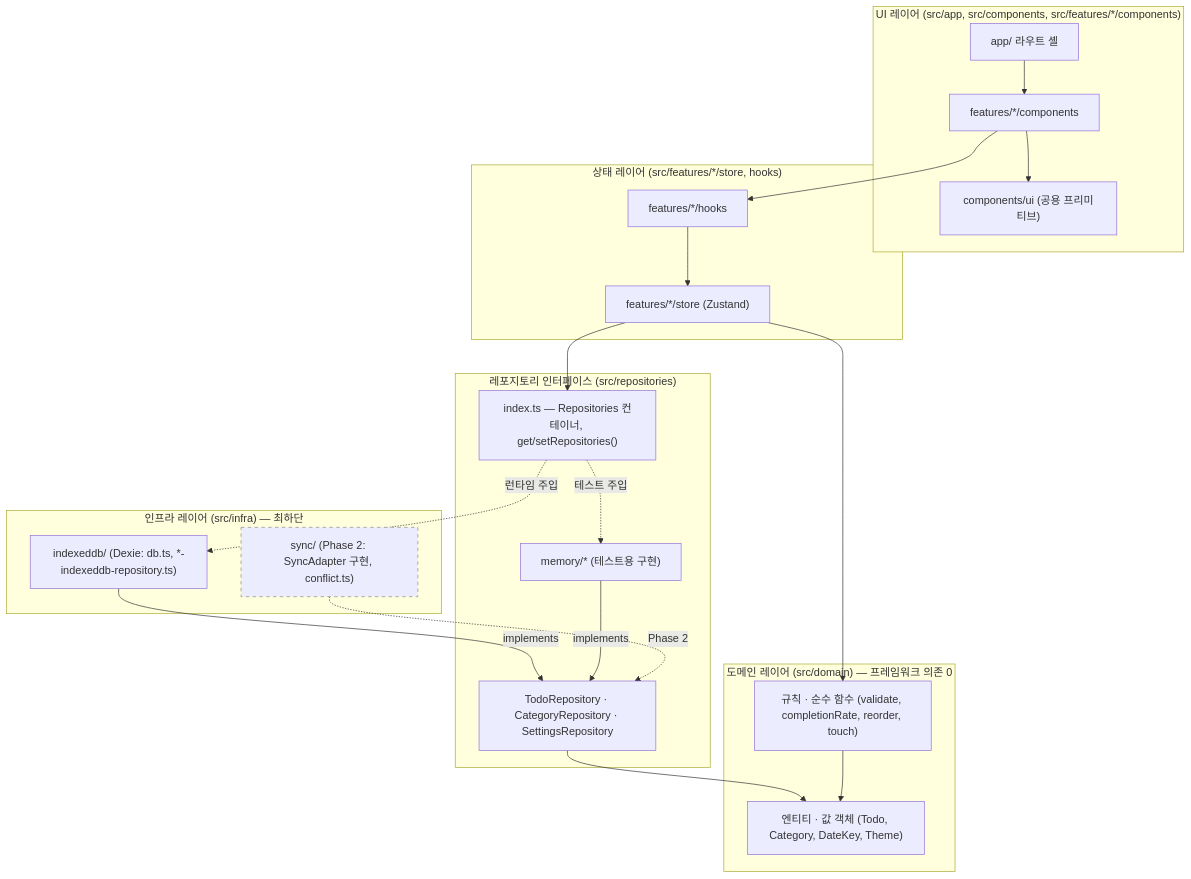
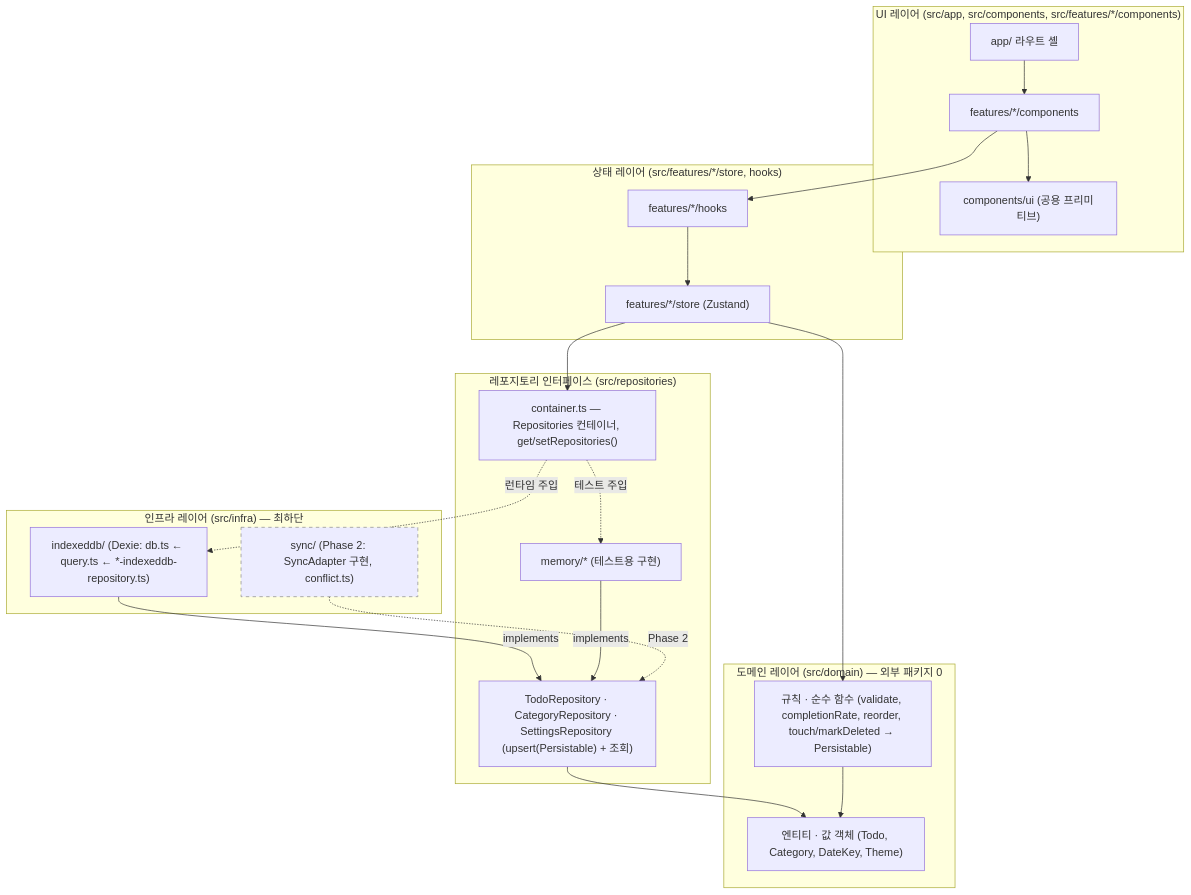
Before and after one commit to alfks/Tasky: the diagram in docs/ARCHITECTURE.md, drawn with Mermaid. The commit also changed other lines of this file and 16 other files, not shown here.

````diff
--- a/docs/ARCHITECTURE.md
+++ b/docs/ARCHITECTURE.md
@@ -10,34 +10,34 @@
 ```mermaid
 flowchart TB
   subgraph UI["UI 레이어  (src/app, src/components, src/features/*/components)"]
     APP["app/ 라우트 셸"] --> FC["features/*/components"]
     FC --> CU["components/ui (공용 프리미티브)"]
   end
   subgraph STATE["상태 레이어  (src/features/*/store, hooks)"]
     HK["features/*/hooks"] --> ST["features/*/store (Zustand)"]
   end
-  subgraph DOMAIN["도메인 레이어  (src/domain)  — 프레임워크 의존 0"]
+  subgraph DOMAIN["도메인 레이어  (src/domain)  — 외부 패키지 0"]
     EN["엔티티 · 값 객체 (Todo, Category, DateKey, Theme)"]
-    RU["규칙 · 순수 함수 (validate, completionRate, reorder, touch)"]
+    RU["규칙 · 순수 함수 (validate, completionRate, reorder, touch/markDeleted → Persistable)"]
   end
   subgraph PORT["레포지토리 인터페이스  (src/repositories)"]
-    RI["TodoRepository · CategoryRepository · SettingsRepository"]
+    RI["TodoRepository · CategoryRepository · SettingsRepository (upsert(Persistable) + 조회)"]
     RM["memory/* (테스트용 구현)"]
-    RC["index.ts — Repositories 컨테이너, get/setRepositories()"]
+    RC["container.ts — Repositories 컨테이너, get/setRepositories()"]
   end
   subgraph INFRA["인프라 레이어  (src/infra)  — 최하단"]
-    IDB["indexeddb/ (Dexie: db.ts, *-indexeddb-repository.ts)"]
+    IDB["indexeddb/ (Dexie: db.ts ← query.ts ← *-indexeddb-repository.ts)"]
     SYNC["sync/ (Phase 2: SyncAdapter 구현, conflict.ts)"]:::ext
   end
   FC --> HK
   ST --> RU
   ST --> RC
   RC -. 런타임 주입 .-> IDB
   RC -. 테스트 주입 .-> RM
   IDB -- implements --> RI
   RM -- implements --> RI
   RI --> EN
   RU --> EN
   SYNC -. Phase 2 .-> RI
   classDef ext stroke-dasharray: 5 5,stroke:#888;
 ```
````
